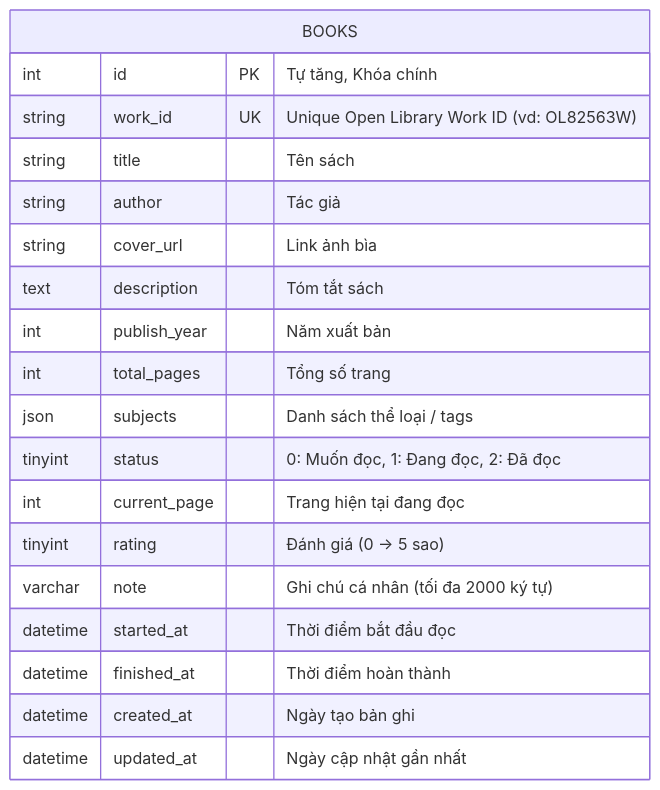
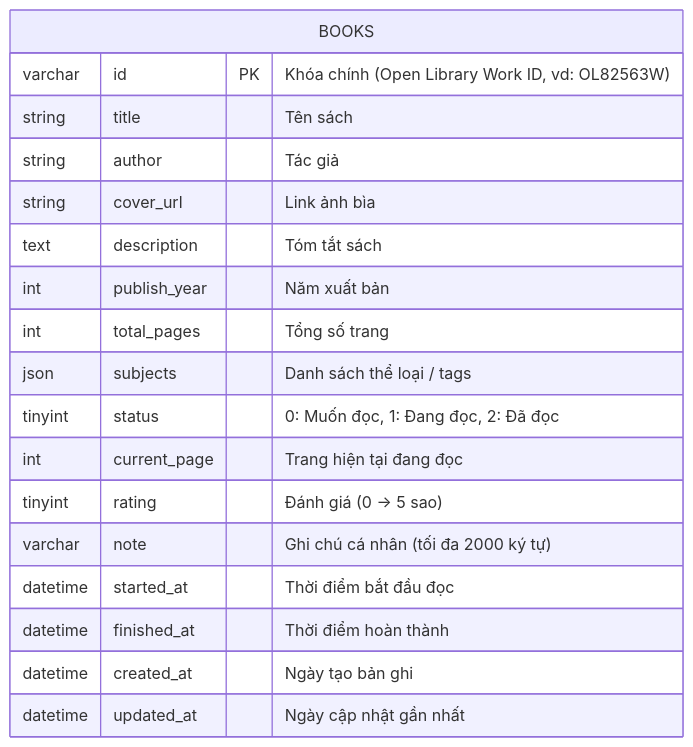
One commit to tuando169/reading-tracker-be changed the diagram in README.md. Above: the diagram before and after it, drawn with Mermaid. The commit also changed other lines of this file and 12 other files, not shown here.

````diff
--- a/README.md
+++ b/README.md
@@ -88,22 +88,21 @@
 ```mermaid
 erDiagram
     BOOKS {
-        int id PK "Tự tăng, Khóa chính"
-        string work_id UK "Unique Open Library Work ID (vd: OL82563W)"
+        varchar id PK "Khóa chính (Open Library Work ID, vd: OL82563W)"
         string title "Tên sách"
         string author "Tác giả"
         string cover_url "Link ảnh bìa"
         text description "Tóm tắt sách"
         int publish_year "Năm xuất bản"
         int total_pages "Tổng số trang"
         json subjects "Danh sách thể loại / tags"
         tinyint status "0: Muốn đọc, 1: Đang đọc, 2: Đã đọc"
         int current_page "Trang hiện tại đang đọc"
         tinyint rating "Đánh giá (0 -> 5 sao)"
         varchar note "Ghi chú cá nhân (tối đa 2000 ký tự)"
         datetime started_at "Thời điểm bắt đầu đọc"
         datetime finished_at "Thời điểm hoàn thành"
         datetime created_at "Ngày tạo bản ghi"
         datetime updated_at "Ngày cập nhật gần nhất"
     }
 ```
````
